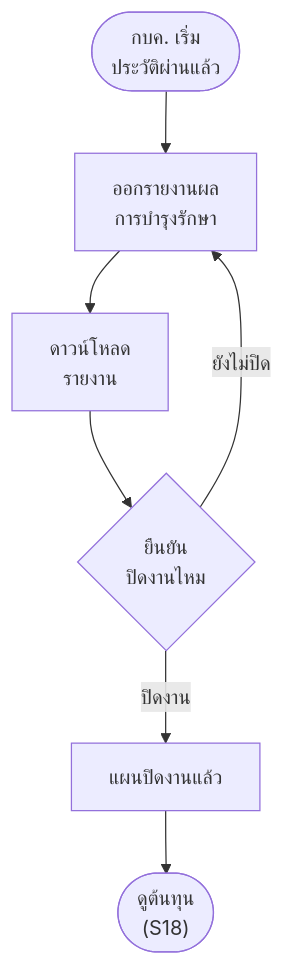
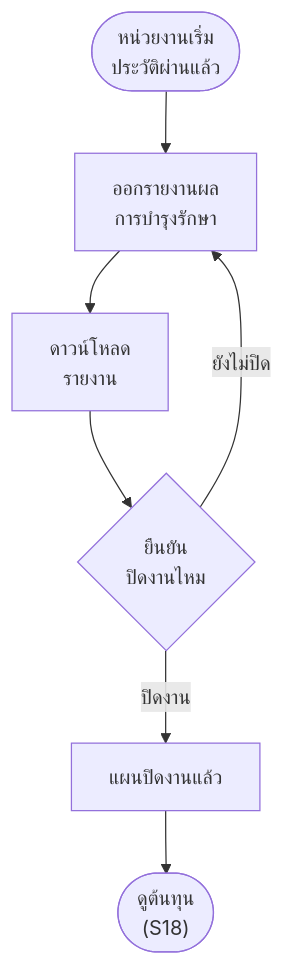
One commit to anugmail/Maintenance-Request-Form changed diagram 18 of 20 in Diagram/01-บำรุงรักษาตามวาระ/27-บำรุงรักษา-flowchart-กิจกรรม.md. Above: the diagram before and after it, drawn with Mermaid. The commit also changed other lines of this file and 7 other files, not shown here.

First line of the commit message:
บำรุงรักษา: คำกลางแทน "กบค." ที่เป็นผู้ทำงาน (หน่วยงาน · หน่วยงานผู้ดำเนินการ · หัวหน้าหน่วยงาน · ผู้สร้างแผนเดินทาง) · "ดำเนินการเอง" แทน "กบค. ดำเนินการเอง"

````diff
--- a/Diagram/01-บำรุงรักษาตามวาระ/27-บำรุงรักษา-flowchart-กิจกรรม.md
+++ b/Diagram/01-บำรุงรักษาตามวาระ/27-บำรุงรักษา-flowchart-กิจกรรม.md
@@ -338,9 +338,9 @@
 ```mermaid
 flowchart TD
-    S(["กบค. เริ่ม<br/>ประวัติผ่านแล้ว"]) --> A1["ออกรายงานผล<br/>การบำรุงรักษา"]
+    S(["หน่วยงานเริ่ม<br/>ประวัติผ่านแล้ว"]) --> A1["ออกรายงานผล<br/>การบำรุงรักษา"]
     A1 --> A2["ดาวน์โหลด<br/>รายงาน"]
     A2 --> Q1{"ยืนยัน<br/>ปิดงานไหม"}
     Q1 -->|ยังไม่ปิด| A1
     Q1 -->|ปิดงาน| A3["แผนปิดงานแล้ว"]
     A3 --> E(["ดูต้นทุน<br/>(S18)"])
 ```
````
